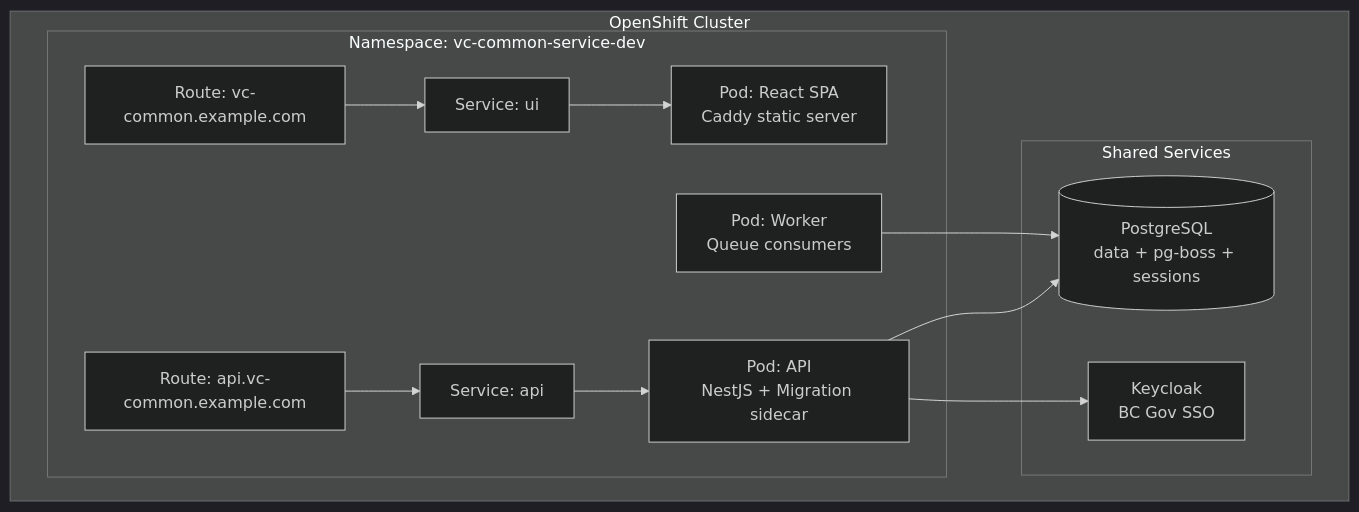
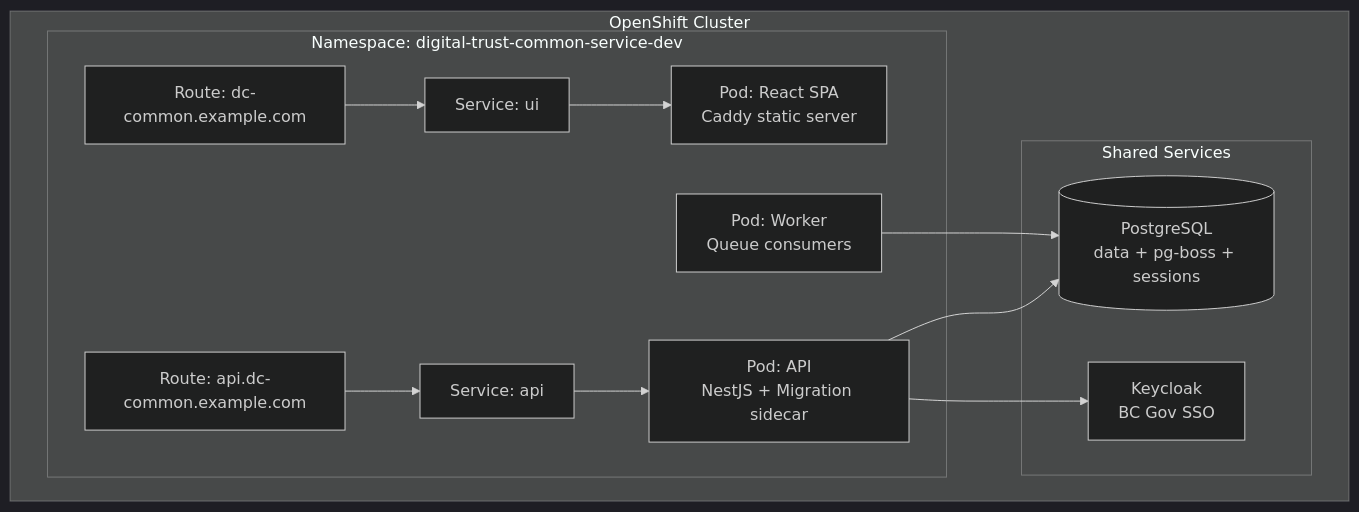
One commit to bcgov/digital-trust-common-service changed diagram 18 of 22 in docs/ARCHITECTURE.md. Above: the diagram before and after it, drawn with Mermaid (dark theme). The commit also changed other lines of this file and 6 other files, not shown here.

Commit message:
docs(api): align dc namespace and digital credential terminology

````diff
--- a/docs/ARCHITECTURE.md
+++ b/docs/ARCHITECTURE.md
@@ -1275,25 +1275,25 @@
 ```mermaid
 graph TB
     subgraph "OpenShift Cluster"
-        subgraph "Namespace: vc-common-service-dev"
+        subgraph "Namespace: digital-trust-common-service-dev"
             POD_API[Pod: API<br/>NestJS + Migration sidecar]
             POD_WORKER[Pod: Worker<br/>Queue consumers]
             POD_UI[Pod: React SPA<br/>Caddy static server]
             SVC_API[Service: api]
             SVC_UI[Service: ui]
-            ROUTE_API[Route: api.vc-common.example.com]
-            ROUTE_UI[Route: vc-common.example.com]
+            ROUTE_API[Route: api.dc-common.example.com]
+            ROUTE_UI[Route: dc-common.example.com]
         end
 
         subgraph "Shared Services"
             PG_POD[(PostgreSQL<br/>data + pg-boss + sessions)]
             KC_POD[Keycloak<br/>BC Gov SSO]
         end
     end
 
     ROUTE_UI --> SVC_UI --> POD_UI
     ROUTE_API --> SVC_API --> POD_API
     POD_API --> PG_POD
     POD_WORKER --> PG_POD
     POD_API --> KC_POD
 ```
````
